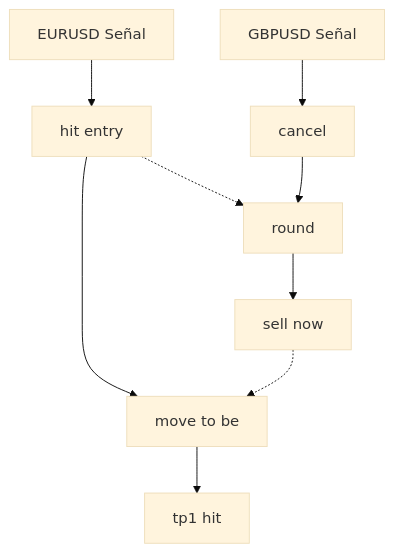
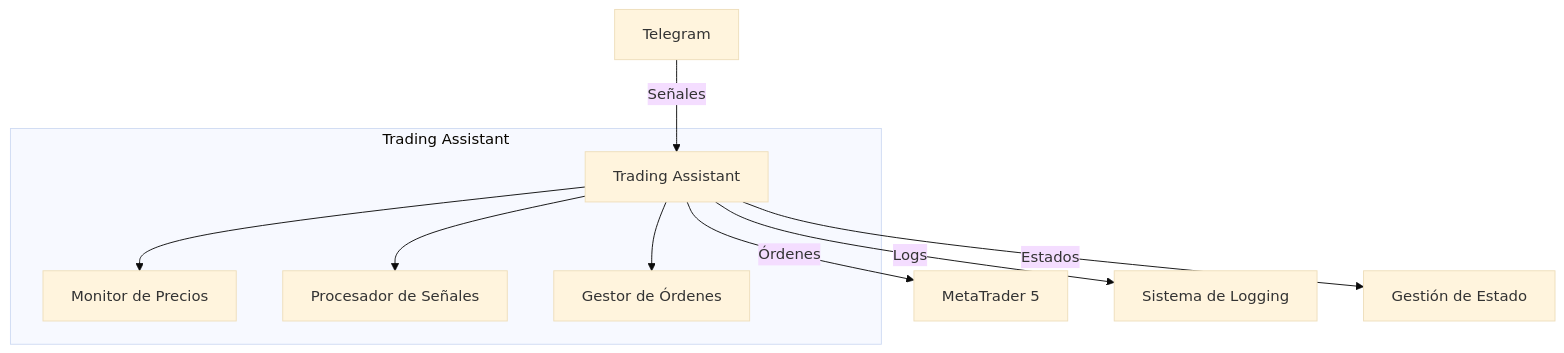
One commit to Franx245/Signals-Assistense changed the first of 3 diagrams in README.md. Above: the diagram before and after it, drawn with Mermaid (base theme). The commit also changed other lines of this file, not shown here.

````diff
--- a/README.md
+++ b/README.md
@@ -209,13 +9,13 @@
 ```mermaid
 graph TD
-    A[EURUSD Señal] --> B[hit entry]
-    B --> C[move to be]
-    C --> D[tp1 hit]
+    A[Telegram] -->|Señales| B[Trading Assistant]
+    B -->|Órdenes| C[MetaTrader 5]
+    B -->|Logs| D[Sistema de Logging]
+    B -->|Estados| E[Gestión de Estado]
     
-    E[GBPUSD Señal] --> F[cancel]
-    F --> G[round]
-    G --> H[sell now]
-    
-    B -.-> G[round]
-    H -.-> C[move to be]
+    subgraph Trading Assistant
+        B --> F[Monitor de Precios]
+        B --> G[Procesador de Señales]
+        B --> H[Gestor de Órdenes]
+    end
 ```
````
